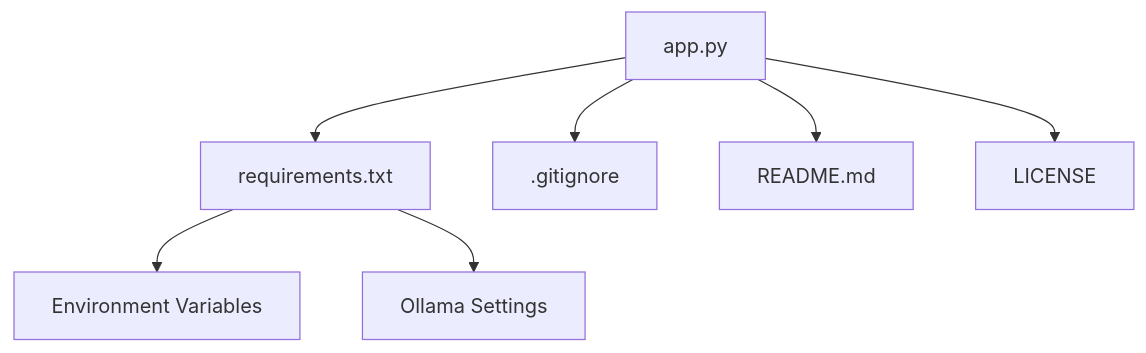
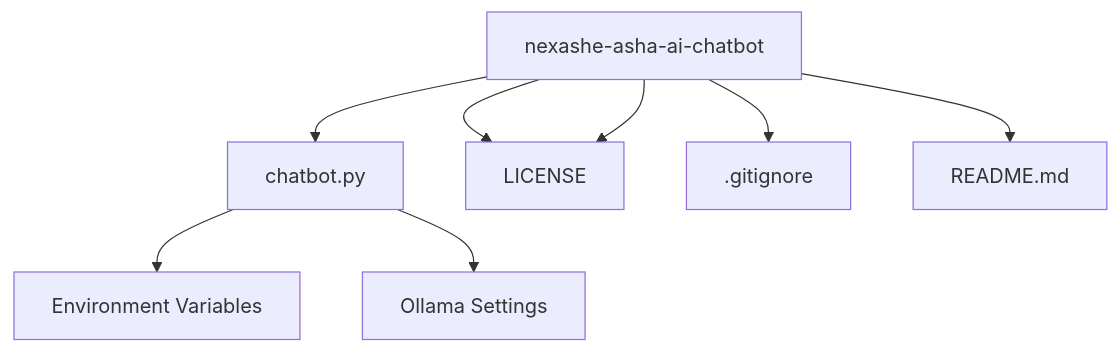
One commit to SnehaDeepikaP/NexaShe-s-Asha-AI-chatbot changed the diagram in README.md. Above: the diagram before and after it, drawn with Mermaid. The commit also changed other lines of this file, not shown here.

````diff
--- a/README.md
+++ b/README.md
@@ -101,9 +101,10 @@
 ```mermaid
 graph TD;
-    A[app.py] --> B[requirements.txt];
+    A[nexashe-asha-ai-chatbot] --> B[chatbot.py];
+    A --> E[requirements.txt];
     A --> C[.gitignore];
     A --> D[README.md];
     A --> E[LICENSE];
     B --> F[Environment Variables];
     B --> G[Ollama Settings];
 ```
````
